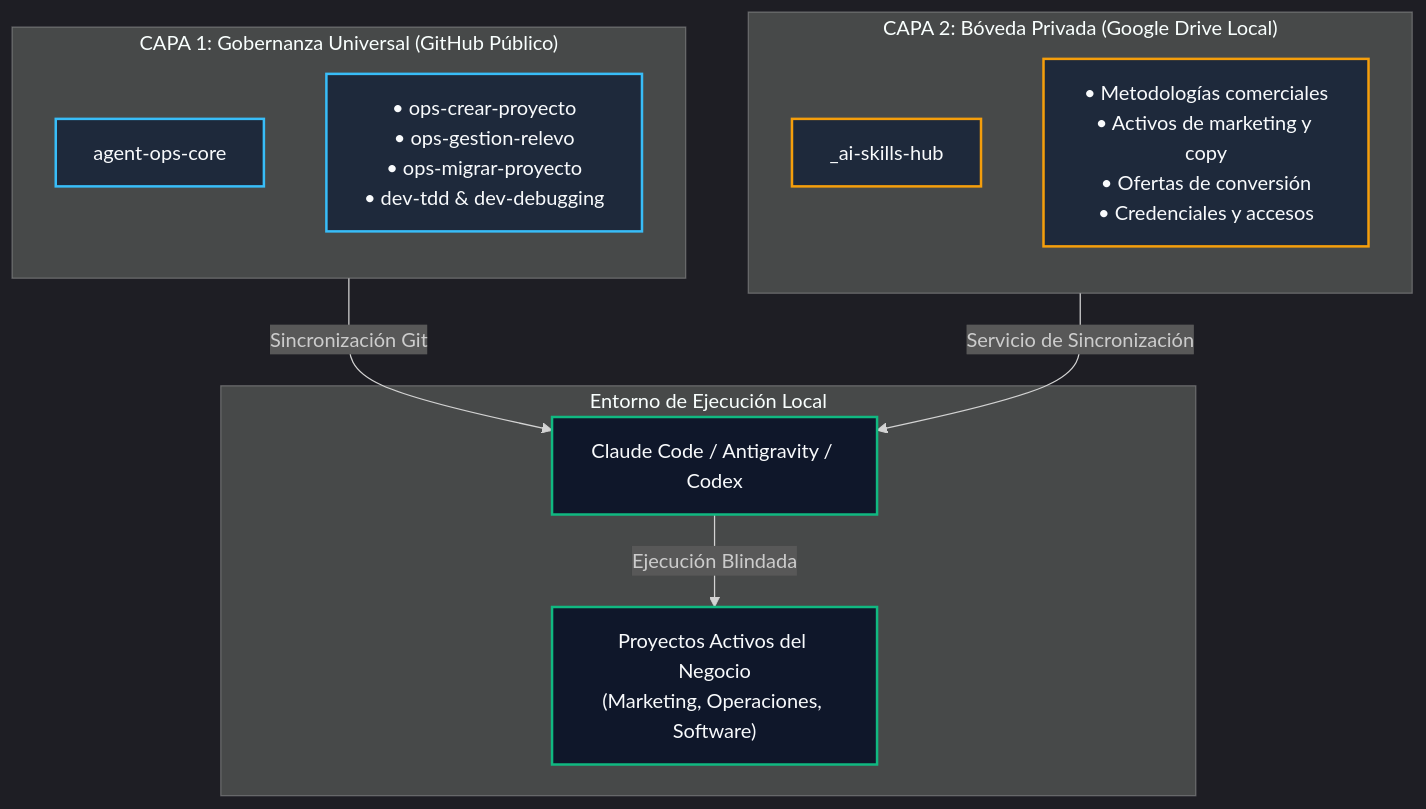
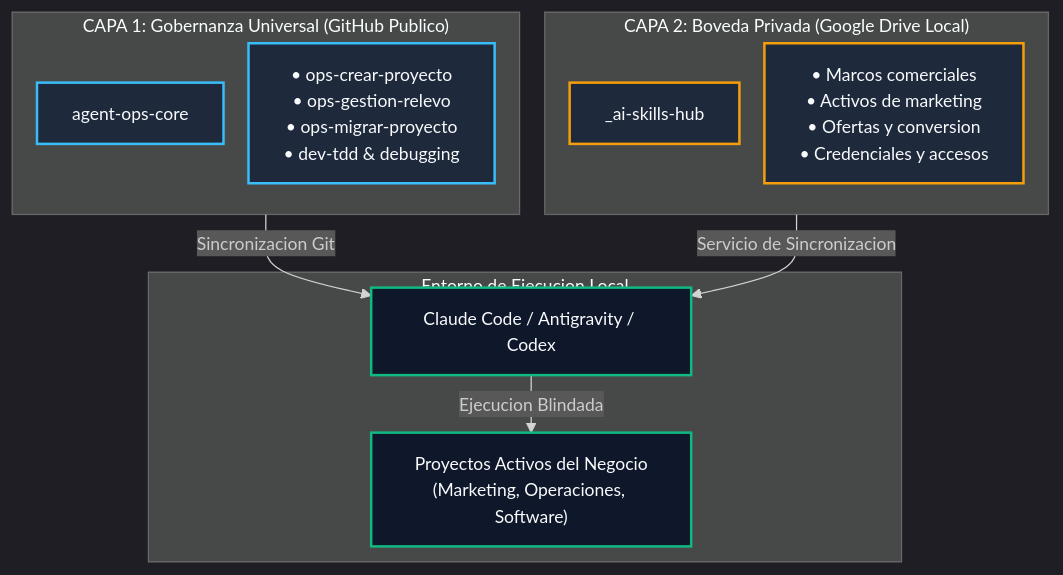
One commit to eddvasquez/agent-ops-core changed the third of 4 diagrams in README.md. Above: the diagram before and after it, drawn with Mermaid. The commit also changed other lines of this file, not shown here.

Commit message:
fix(diagrams): eliminar tags html en nodos, inyectar minNodeWidth y padding para erradicar truncamiento

````diff
--- a/README.md
+++ b/README.md
@@ -197,31 +197,31 @@
 ```mermaid
-%%{init: {'theme': 'dark', 'themeVariables': { 'fontSize': '16px' }}}%%
+%%{init: {'theme': 'dark', 'themeVariables': { 'fontSize': '14px' }, 'flowchart': { 'minNodeWidth': 230, 'nodeSpacing': 20, 'rankSpacing': 25, 'padding': 14 }}}%%
 flowchart TD
-    subgraph CAPA1["CAPA 1: Gobernanza Universal (GitHub Público)"]
+    subgraph CAPA1["CAPA 1: Gobernanza Universal (GitHub Publico)"]
         direction TB
         OpsCore["agent-ops-core"]
-        P_Ops["• ops-crear-proyecto<br>• ops-gestion-relevo<br>• ops-migrar-proyecto<br>• dev-tdd & dev-debugging"]
+        P_Ops["• ops-crear-proyecto<br>• ops-gestion-relevo<br>• ops-migrar-proyecto<br>• dev-tdd & debugging"]
     end
 
-    subgraph CAPA2["CAPA 2: Bóveda Privada (Google Drive Local)"]
+    subgraph CAPA2["CAPA 2: Boveda Privada (Google Drive Local)"]
         direction TB
         HubPrivado["_ai-skills-hub"]
-        P_Priv["• Metodologías comerciales<br>• Activos de marketing y copy<br>• Ofertas de conversión<br>• Credenciales y accesos"]
+        P_Priv["• Marcos comerciales<br>• Activos de marketing<br>• Ofertas y conversion<br>• Credenciales y accesos"]
     end
 
-    subgraph MOTOR["Entorno de Ejecución Local"]
+    subgraph MOTOR["Entorno de Ejecucion Local"]
         IA["Claude Code / Antigravity / Codex"]
         Proyecto["Proyectos Activos del Negocio<br>(Marketing, Operaciones, Software)"]
     end
 
-    CAPA1 -->|"Sincronización Git"| IA
-    CAPA2 -->|"Servicio de Sincronización"| IA
-    IA -->|"Ejecución Blindada"| Proyecto
+    CAPA1 -->|"Sincronizacion Git"| IA
+    CAPA2 -->|"Servicio de Sincronizacion"| IA
+    IA -->|"Ejecucion Blindada"| Proyecto
 
     classDef public fill:#1e293b,stroke:#38bdf8,stroke-width:2px,color:#f8fafc;
     classDef private fill:#1e293b,stroke:#f59e0b,stroke-width:2px,color:#f8fafc;
     classDef target fill:#0f172a,stroke:#10b981,stroke-width:2px,color:#f8fafc;
     class OpsCore,P_Ops public;
     class HubPrivado,P_Priv private;
     class IA,Proyecto target;
 ```
````
